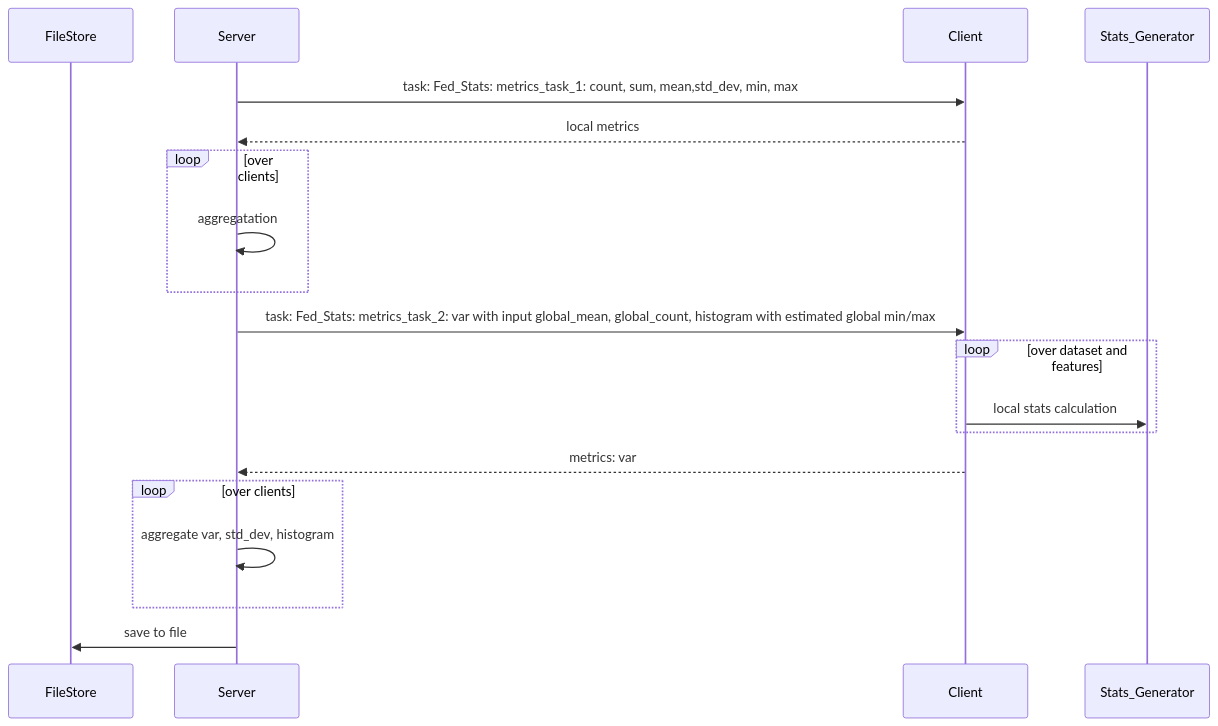
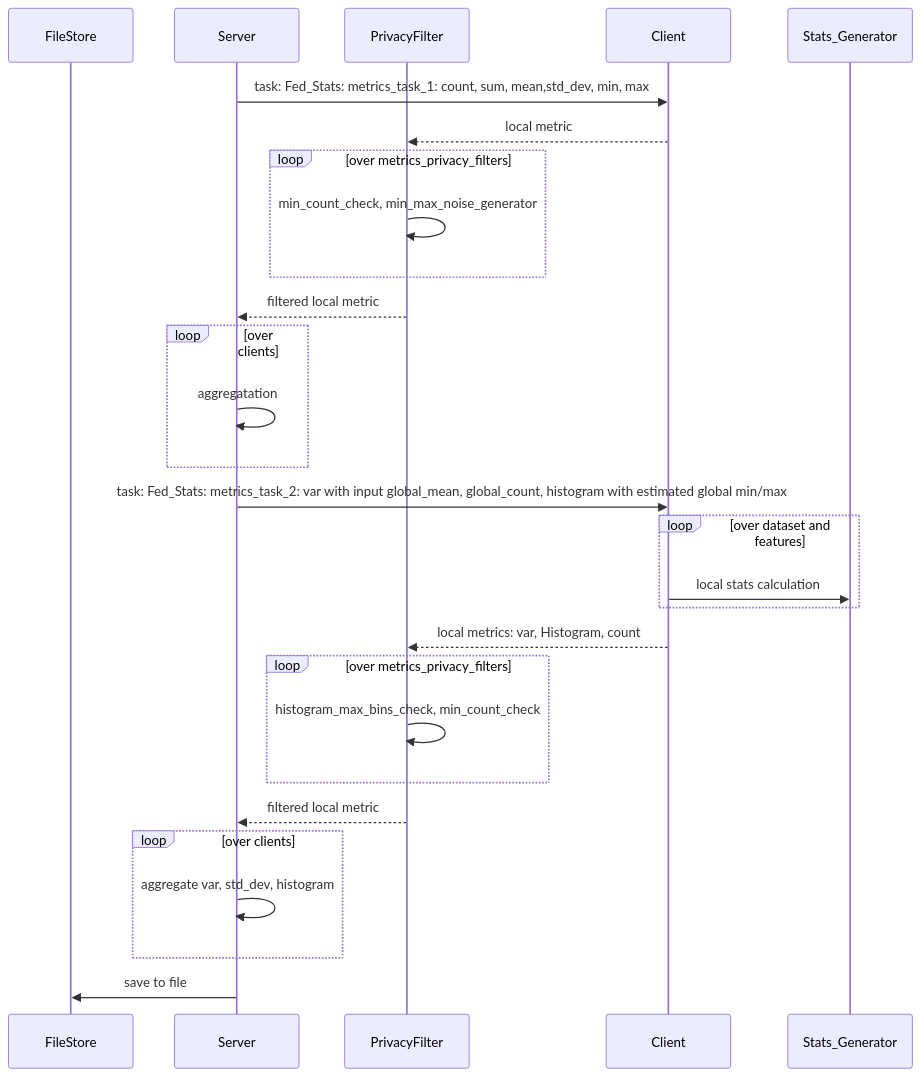
The diagram in examples/federated_statistics/README.md (NVIDIA/NVFlare), drawn with Mermaid before and after one commit. The commit also changed 23 other files, not shown here.

Commit message:
Fed STATS FILTER AND PRIVACY Fed_statics_privacy polocies update privacy filters rename directory refactoring and add privacy tests optimize imports update README.md change filter order

````diff
--- a/examples/federated_statistics/README.md
+++ b/examples/federated_statistics/README.md
@@ -28,22 +28,31 @@
 ```mermaid
  
 sequenceDiagram
     participant FileStore
     participant Server
+    participant PrivacyFilter
     participant Client
     participant Stats_Generator
     Server->>Client: task: Fed_Stats: metrics_task_1: count, sum, mean,std_dev, min, max 
-    Client-->>Server: local metrics
+    Client-->>PrivacyFilter: local metric
+     loop over metrics_privacy_filters
+        PrivacyFilter->>PrivacyFilter: min_count_check, min_max_noise_generator
+    end
+    PrivacyFilter-->>Server: filtered local metric
     loop over clients
         Server->>Server: aggregatation
     end
     Server->>Client:  task: Fed_Stats: metrics_task_2: var with input global_mean, global_count, histogram with estimated global min/max
     loop over dataset and features
        Client->>Stats_Generator: local stats calculation
     end
-    Client-->>Server: metrics: var
+    Client-->>PrivacyFilter: local metrics: var, Histogram, count
+    loop over metrics_privacy_filters
+        PrivacyFilter->>PrivacyFilter: histogram_max_bins_check, min_count_check
+    end
+    PrivacyFilter-->>Server: filtered local metric    
     loop over clients
         Server->>Server: aggregate var, std_dev, histogram
     end
     Server->>FileStore: save to file
 ```
````
